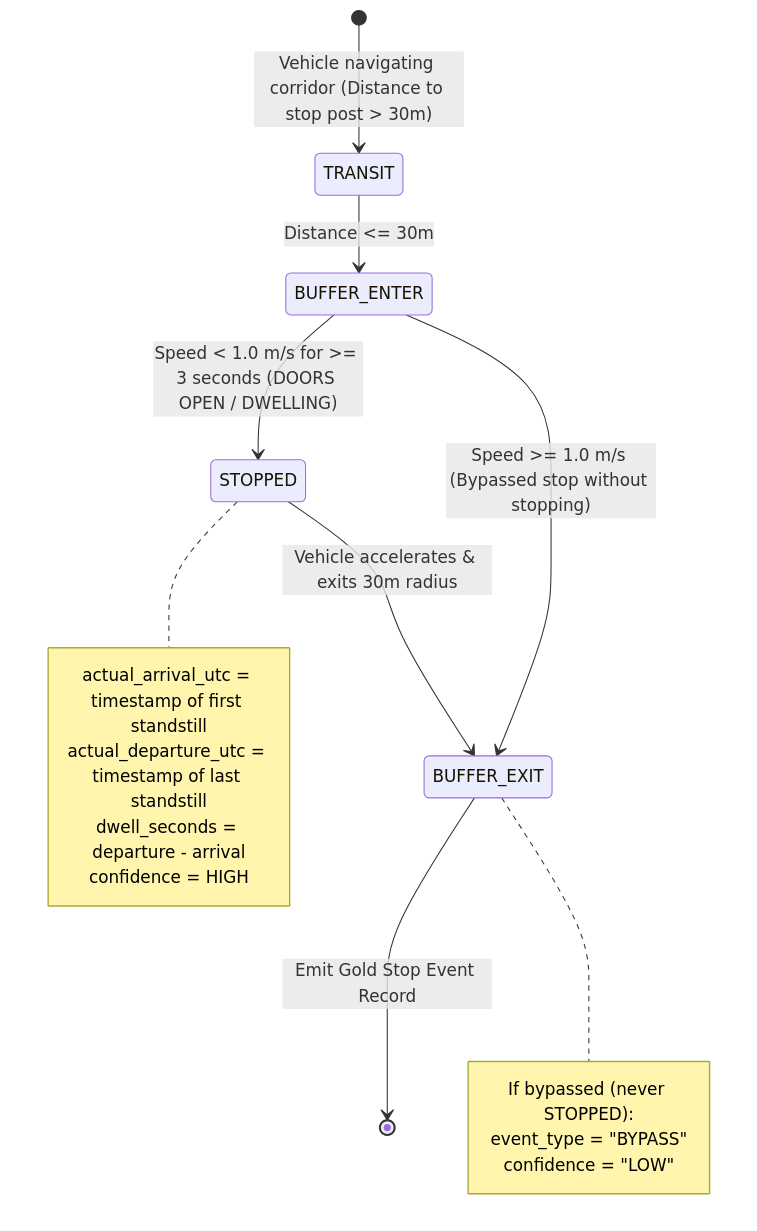
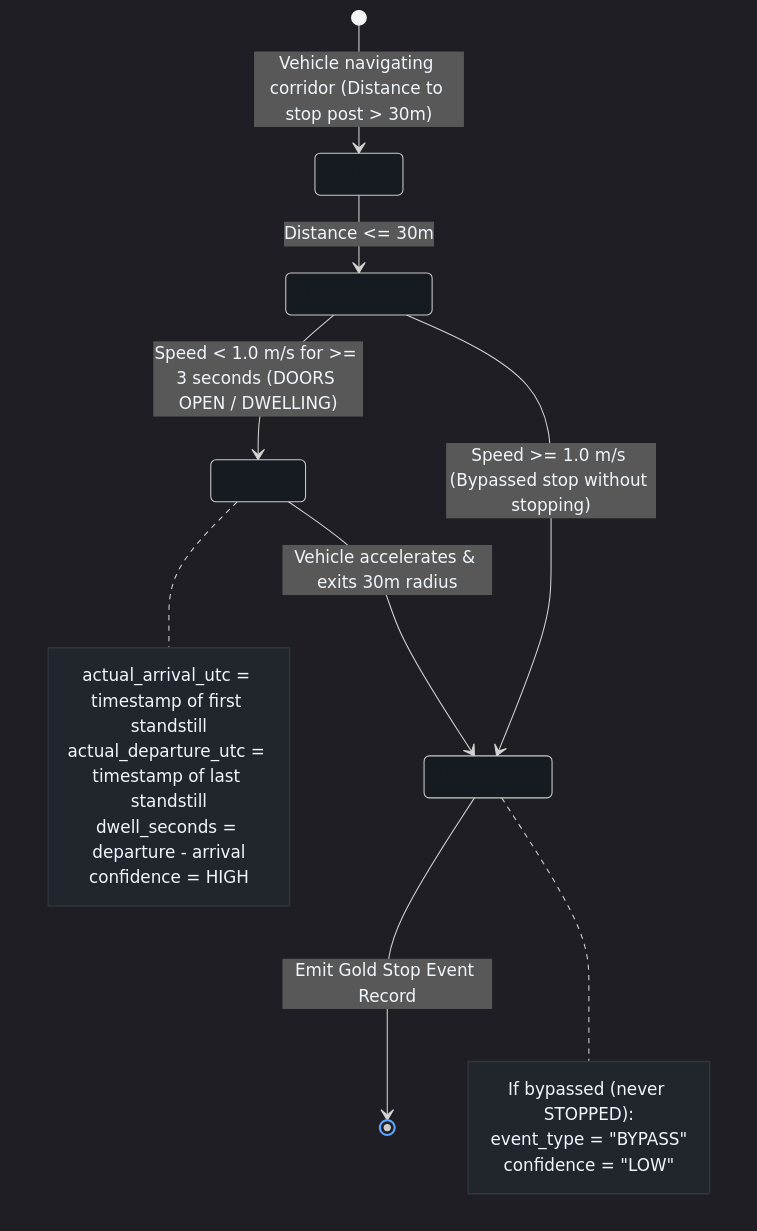
One commit to giangh14cqt/warsaw-public-transport-monitor changed the second of 2 diagrams in architect/historian_pipeline/medallion_architecture.md. Above: the diagram before and after it, drawn with Mermaid. The commit also changed other lines of this file and 9 other files, not shown here.

First line of the commit message:
style(architect): optimize all Mermaid diagrams for GitHub dark theme readability

````diff
--- a/architect/historian_pipeline/medallion_architecture.md
+++ b/architect/historian_pipeline/medallion_architecture.md
@@ -57,26 +81,41 @@
 ```mermaid
+%%{init: {
+  'theme': 'dark',
+  'themeVariables': {
+    'darkMode': true,
+    'background': '#0d1117',
+    'lineColor': '#58a6ff',
+    'textColor': '#f0f6fc',
+    'labelColor': '#f0f6fc',
+    'stateBorder': '#58a6ff',
+    'stateBkg': '#161b22',
+    'noteBkgColor': '#21262d',
+    'noteBorderColor': '#30363d',
+    'noteTextColor': '#f0f6fc'
+  }
+}}%%
 stateDiagram-v2
     [*] --> TRANSIT: Vehicle navigating corridor (Distance to stop post > 30m)
     
     TRANSIT --> BUFFER_ENTER: Distance <= 30m
     
     BUFFER_ENTER --> STOPPED: Speed < 1.0 m/s for >= 3 seconds (DOORS OPEN / DWELLING)
     BUFFER_ENTER --> BUFFER_EXIT: Speed >= 1.0 m/s (Bypassed stop without stopping)
     
     STOPPED --> BUFFER_EXIT: Vehicle accelerates & exits 30m radius
     
     BUFFER_EXIT --> [*]: Emit Gold Stop Event Record
     
     note right of STOPPED
         actual_arrival_utc = timestamp of first standstill
         actual_departure_utc = timestamp of last standstill
         dwell_seconds = departure - arrival
         confidence = HIGH
     end note
 
     note right of BUFFER_EXIT
         If bypassed (never STOPPED):
         event_type = "BYPASS"
         confidence = "LOW"
     end note
 ```
````
